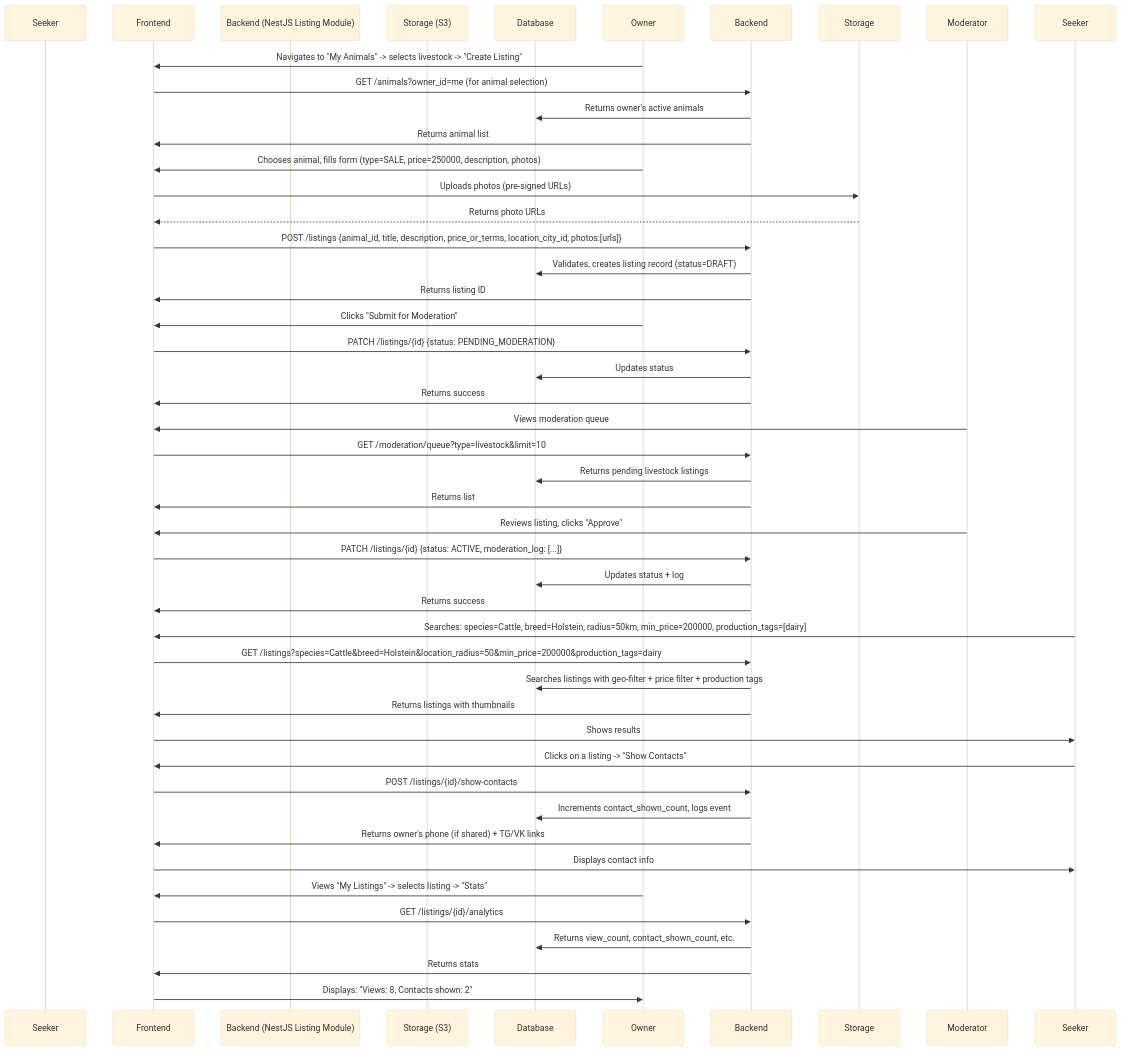
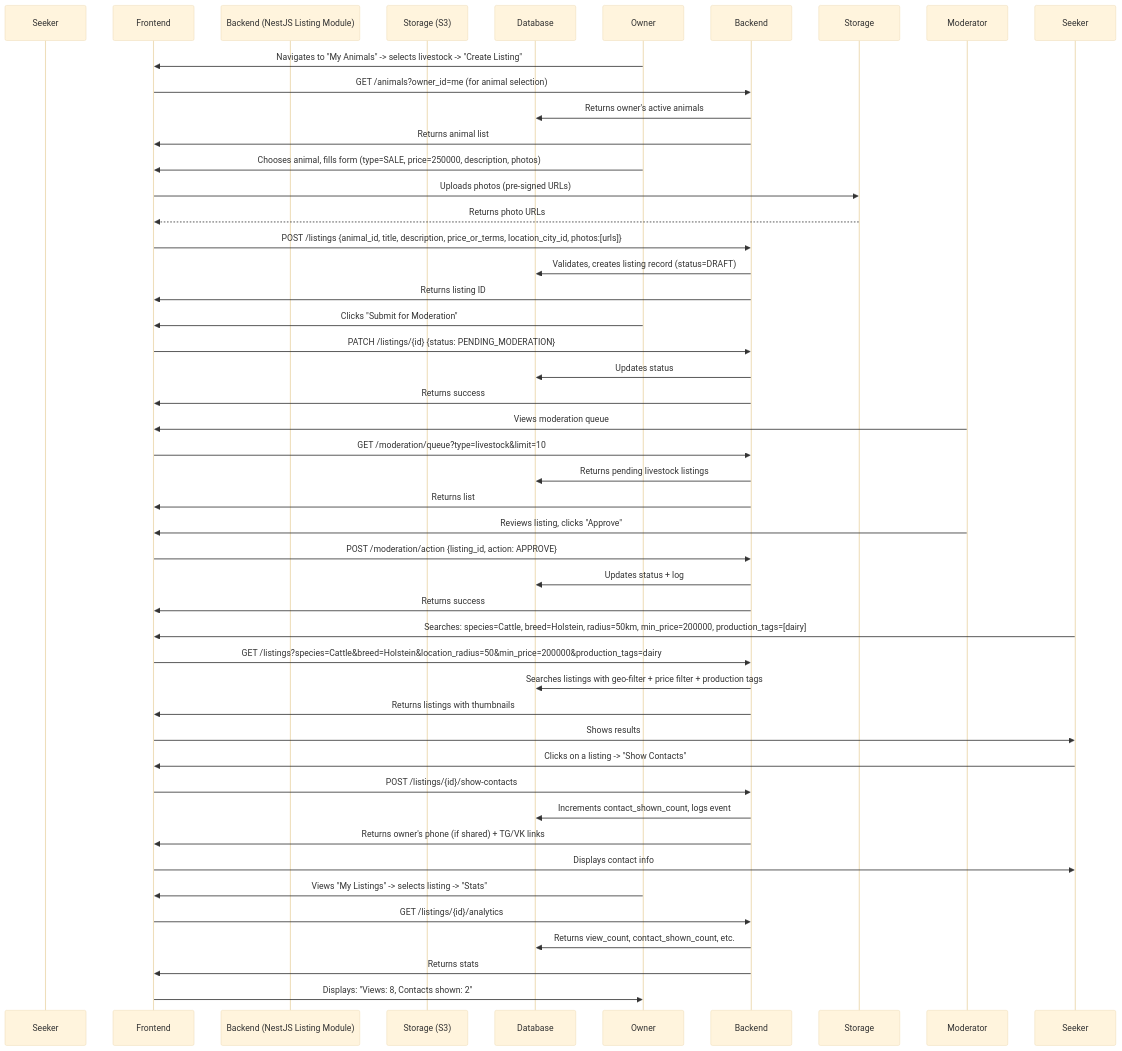
Before and after one commit to Aleksandr-Sulimenko/ZooLink: the diagram in docs/02-requirements/business-requirements/livestock-marketplace.md, drawn with Mermaid (base theme). The commit also changed other lines of this file and 5 other files, not shown here.

First line of the commit message:
P1: реконсиляция доков (D4 creator_id≡seller_id, D5 moderation_log, M2 traceability)

````diff
--- a/docs/02-requirements/business-requirements/livestock-marketplace.md
+++ b/docs/02-requirements/business-requirements/livestock-marketplace.md
@@ -202,58 +202,58 @@
 ```mermaid
 sequenceDiagram
     participant User as Owner
     participant User as Seeker
     participant Frontend
     participant Backend (NestJS Listing Module)
     participant Storage (S3)
     participant Database
 
     %% Owner creates listing
     Owner->>Frontend: Navigates to "My Animals" -> selects livestock -> "Create Listing"
     Frontend->>Backend: GET /animals?owner_id=me (for animal selection)
     Backend->>Database: Returns owner's active animals
     Backend->>Frontend: Returns animal list
 
     Owner->>Frontend: Chooses animal, fills form (type=SALE, price=250000, description, photos)
     Frontend->>Storage: Uploads photos (pre-signed URLs)
     Storage-->>Frontend: Returns photo URLs
     Frontend->>Backend: POST /listings {animal_id, title, description, price_or_terms, location_city_id, photos:[urls]}
     Backend->>Database: Validates, creates listing record (status=DRAFT)
     Backend->>Frontend: Returns listing ID
 
     Owner->>Frontend: Clicks "Submit for Moderation"
     Frontend->>Backend: PATCH /listings/{id} {status: PENDING_MODERATION}
     Backend->>Database: Updates status
     Backend->>Frontend: Returns success
 
     %% Moderation (simplified)
     Moderator->>Frontend: Views moderation queue
     Frontend->>Backend: GET /moderation/queue?type=livestock&limit=10
     Backend->>Database: Returns pending livestock listings
     Backend->>Frontend: Returns list
 
     Moderator->>Frontend: Reviews listing, clicks "Approve"
-    Frontend->>Backend: PATCH /listings/{id} {status: ACTIVE, moderation_log: [...]}
+    Frontend->>Backend: POST /moderation/action {listing_id, action: APPROVE}
     Backend->>Database: Updates status + log
     Backend->>Frontend: Returns success
 
     %% Seeker finds listing
     Seeker->>Frontend: Searches: species=Cattle, breed=Holstein, radius=50km, min_price=200000, production_tags=[dairy]
     Frontend->>Backend: GET /listings?species=Cattle&breed=Holstein&location_radius=50&min_price=200000&production_tags=dairy
     Backend->>Database: Searches listings with geo-filter + price filter + production tags
     Backend->>Frontend: Returns listings with thumbnails
     Frontend->>Seeker: Shows results
 
     Seeker->>Frontend: Clicks on a listing -> "Show Contacts"
     Frontend->>Backend: POST /listings/{id}/show-contacts
     Backend->>Database: Increments contact_shown_count, logs event
     Backend->>Frontend: Returns owner's phone (if shared) + TG/VK links
     Frontend->>Seeker: Displays contact info
 
     %% Owner sees analytics
     Owner->>Frontend: Views "My Listings" -> selects listing -> "Stats"
     Frontend->>Backend: GET /listings/{id}/analytics
     Backend->>Database: Returns view_count, contact_shown_count, etc.
     Backend->>Frontend: Returns stats
     Frontend->>Owner: Displays: "Views: 8, Contacts shown: 2"
 ```
````
